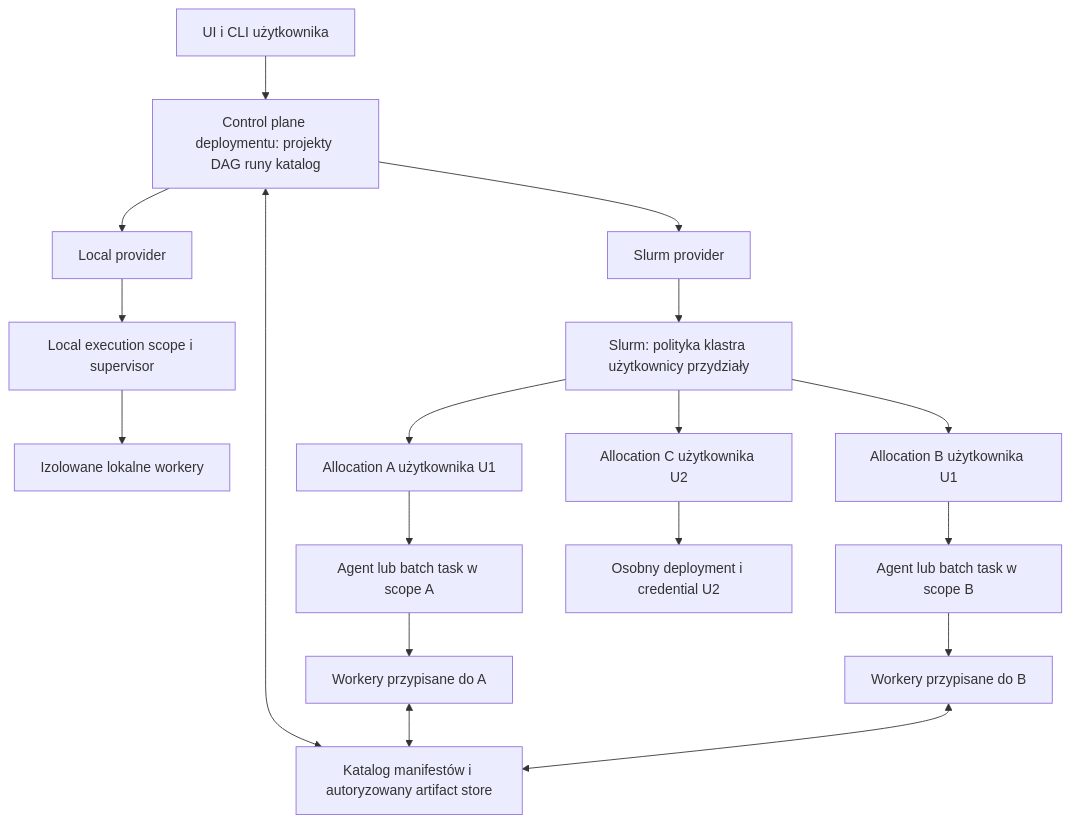
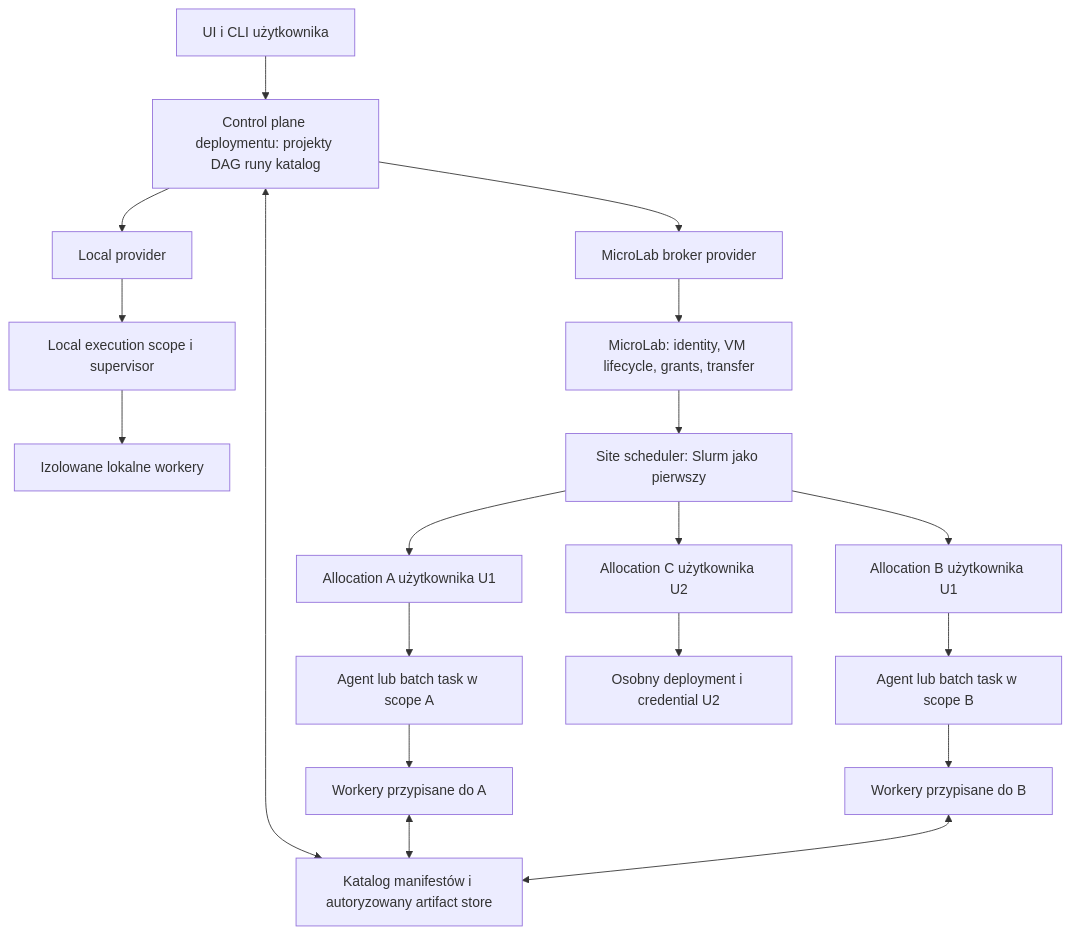
One commit to MateuszZelent/fullmag changed the first of 2 diagrams in docs/plans/active/multi-project-hpc-execution-20261005.md. Above: the diagram before and after it, drawn with Mermaid. The commit also changed other lines of this file and 9 other files, not shown here.

Commit message:
Add MicroLab broker integration skeleton

````diff
--- a/docs/plans/active/multi-project-hpc-execution-20261005.md
+++ b/docs/plans/active/multi-project-hpc-execution-20261005.md
@@ -38,20 +40,21 @@
 ```mermaid
 flowchart TB
   UI[UI i CLI użytkownika] --> CP[Control plane deploymentu: projekty DAG runy katalog]
   CP --> LP[Local provider]
-  CP --> SP[Slurm provider]
+  CP --> MP[MicroLab broker provider]
   LP --> LO[Local execution scope i supervisor]
   LO --> LW[Izolowane lokalne workery]
-  SP --> SL[Slurm: polityka klastra użytkownicy przydziały]
+  MP --> ML[MicroLab: identity, VM lifecycle, grants, transfer]
+  ML --> SL[Site scheduler: Slurm jako pierwszy]
   SL --> A[Allocation A użytkownika U1]
   SL --> B[Allocation B użytkownika U1]
   SL --> C[Allocation C użytkownika U2]
   A --> AA[Agent lub batch task w scope A]
   B --> BA[Agent lub batch task w scope B]
   C --> CA[Osobny deployment i credential U2]
   AA --> WA[Workery przypisane do A]
   BA --> WB[Workery przypisane do B]
   CP <--> CAT[Katalog manifestów i autoryzowany artifact store]
   WA <--> CAT
   WB <--> CAT
 ```
````
